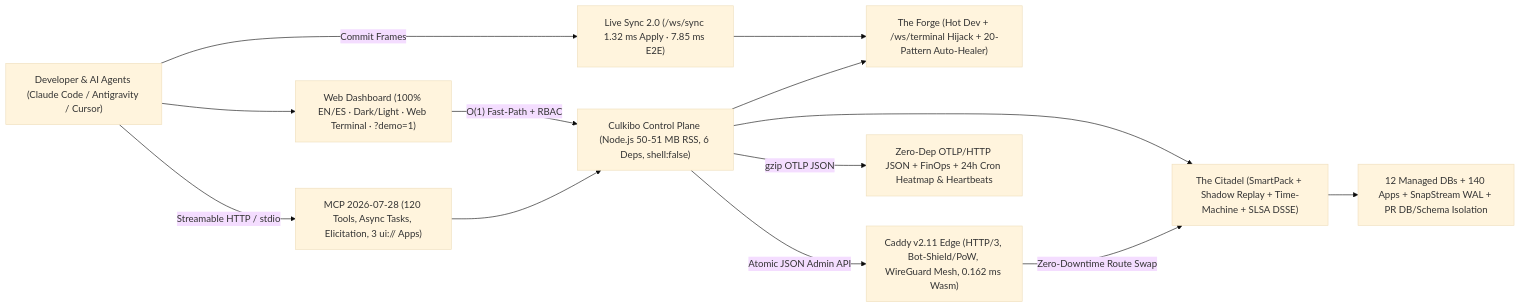
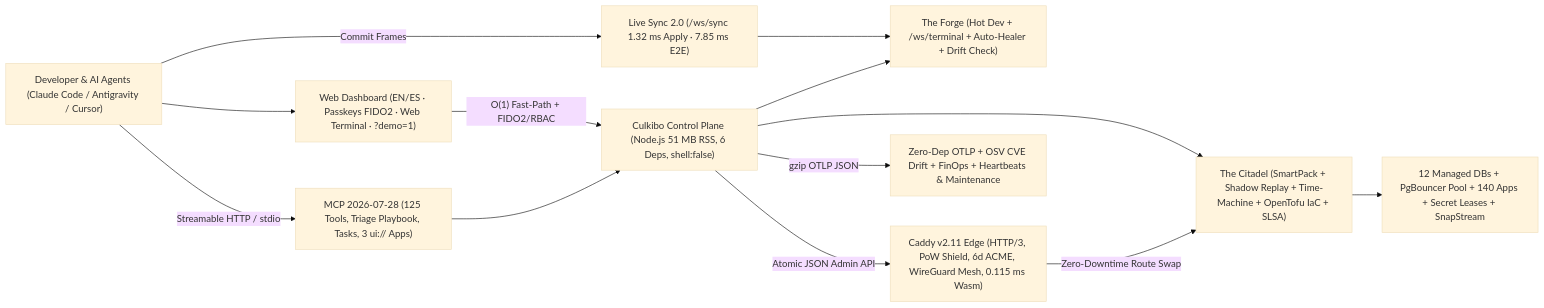
One commit to macaqueboy/culkibo changed the diagram in README.md. Above: the diagram before and after it, drawn with Mermaid (base theme). The commit also changed other lines of this file and 32 other files, not shown here.

Commit message:
feat(cycle-8): Zero-Dep WebAuthn Passkeys FIDO2, Ephemeral Secret Leases & Break-Glass, OSV.dev SBOM CVE Scanner, Config Drift + PgBouncer, Maintenance/Multi-CAA, OpenTofu IaC & 125 MCP Tools

````diff
--- a/README.md
+++ b/README.md
@@ -188,26 +187,26 @@
 ```mermaid
 flowchart LR
     Dev["Developer & AI Agents (Claude Code / Antigravity / Cursor)"]
-    UI["Web Dashboard (100% EN/ES · Dark/Light · Web Terminal · ?demo=1)"]
-    MCP["MCP 2026-07-28 (120 Tools, Async Tasks, Elicitation, 3 ui:// Apps)"]
+    UI["Web Dashboard (EN/ES · Passkeys FIDO2 · Web Terminal · ?demo=1)"]
+    MCP["MCP 2026-07-28 (125 Tools, Triage Playbook, Tasks, 3 ui:// Apps)"]
     Sync["Live Sync 2.0 (/ws/sync 1.32 ms Apply · 7.85 ms E2E)"]
-    CP["Culkibo Control Plane (Node.js 50-51 MB RSS, 6 Deps, shell:false)"]
-    Forge["The Forge (Hot Dev + /ws/terminal Hijack + 20-Pattern Auto-Healer)"]
-    Citadel["The Citadel (SmartPack + Shadow Replay + Time-Machine + SLSA DSSE)"]
-    Caddy["Caddy v2.11 Edge (HTTP/3, Bot-Shield/PoW, WireGuard Mesh, 0.162 ms Wasm)"]
-    Obs["Zero-Dep OTLP/HTTP JSON + FinOps + 24h Cron Heatmap & Heartbeats"]
-    Data["12 Managed DBs + 140 Apps + SnapStream WAL + PR DB/Schema Isolation"]
+    CP["Culkibo Control Plane (Node.js 51 MB RSS, 6 Deps, shell:false)"]
+    Forge["The Forge (Hot Dev + /ws/terminal + Auto-Healer + Drift Check)"]
+    Citadel["The Citadel (SmartPack + Shadow Replay + Time-Machine + OpenTofu IaC + SLSA)"]
+    Caddy["Caddy v2.11 Edge (HTTP/3, PoW Shield, 6d ACME, WireGuard Mesh, 0.115 ms Wasm)"]
+    Obs["Zero-Dep OTLP + OSV CVE Drift + FinOps + Heartbeats & Maintenance"]
+    Data["12 Managed DBs + PgBouncer Pool + 140 Apps + Secret Leases + SnapStream"]
 
     Dev -->|"Streamable HTTP / stdio"| MCP
     Dev -->|"Commit Frames"| Sync
     Dev --> UI
-    UI -->|"O(1) Fast-Path + RBAC"| CP
+    UI -->|"O(1) Fast-Path + FIDO2/RBAC"| CP
     MCP --> CP
     Sync --> Forge
     CP --> Forge
     CP --> Citadel
     CP -->|"Atomic JSON Admin API"| Caddy
     CP -->|"gzip OTLP JSON"| Obs
     Citadel --> Data
     Caddy -->|"Zero-Downtime Route Swap"| Citadel
 ```
````
